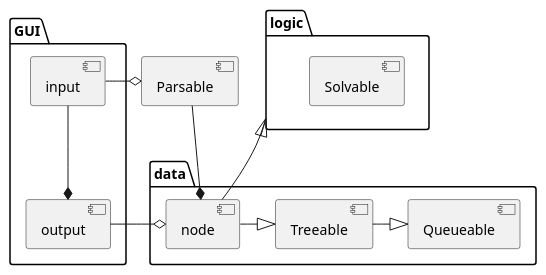
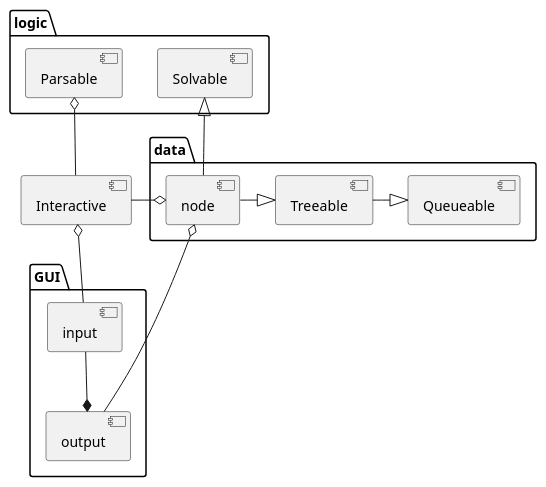
The diagram in src/docs/UML/architecture.puml (vitalispopoff/calculator), drawn with PlantUML before and after one commit. The commit also changed 1 other file, not shown here.

Commit message:
docs : architecture

```diff
--- a/src/docs/UML/architecture.puml
+++ b/src/docs/UML/architecture.puml
@@ -1,34 +1,37 @@
 @startuml
 
+
 package GUI {
+
     component output
     component input
 }
 
 package logic {
-
+    component Parsable
     component Solvable
-
 }
 
 package data {
-'    component memory
     component Queueable
     component Treeable
     component node
 }
 
-component Parsable
+component Interactive
 
-[input]     -right-o    [Parsable]
-[Parsable] -down-* [node]
-logic       <|-down-    [node]
-[output]    *-up-      [input]
-[output]    -right-o    [node]
 
+[input]     -up-o    [Interactive]
+
+[Interactive] -up-o     [Parsable]
+[Interactive] -right-o   [node]
+[Solvable]  <|-down-    [node]
+
+[output]    *-up-       [input]
+[output]    -up-o    [node]
 
 [Queueable] <|-left- [Treeable]
 
 [node]  -right-|>    [Treeable]
 
 @enduml
```
